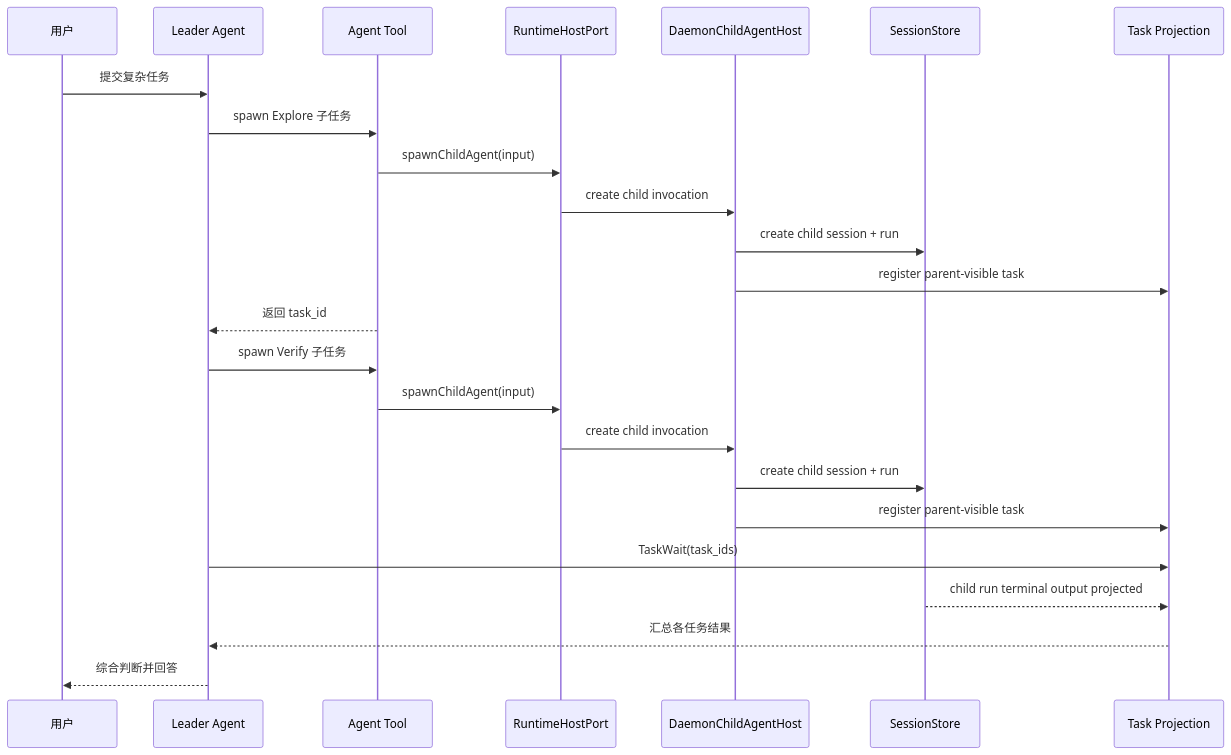
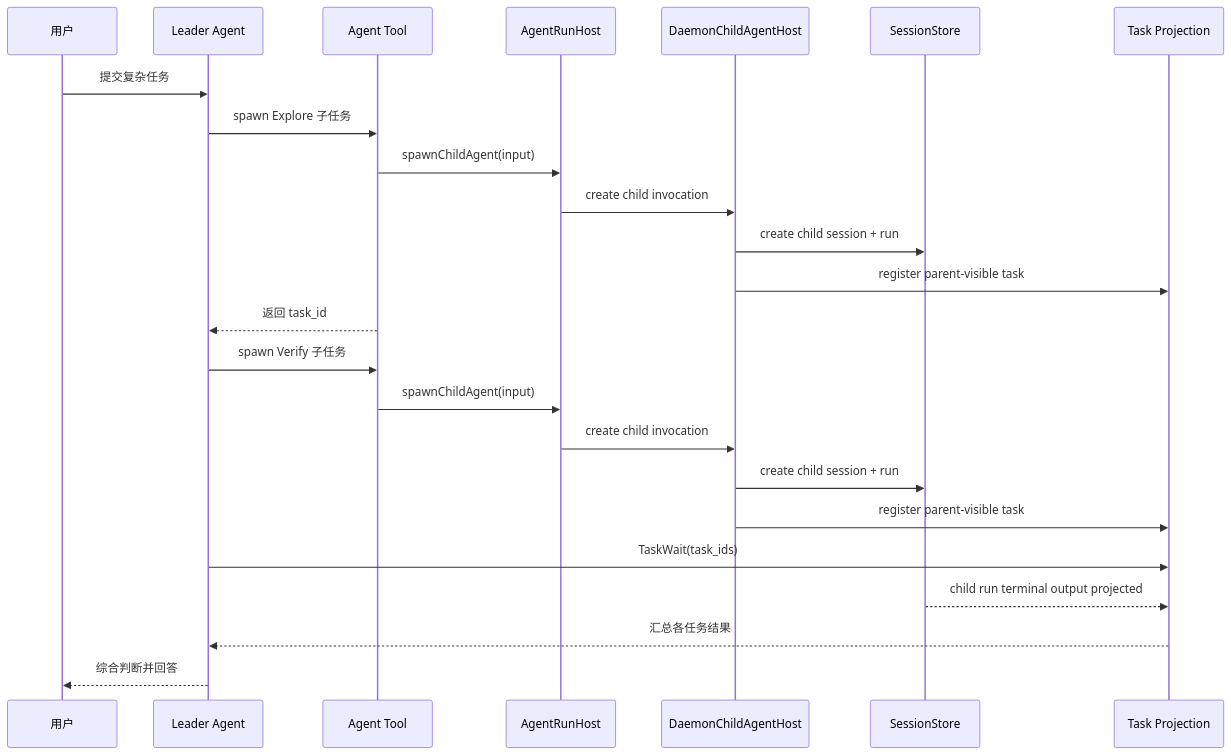
The sixth of 7 diagrams in docs/agent-application-architecture.md (rzx007/openharness-ts), drawn with Mermaid before and after one commit. The commit also changed other lines of this file and 7 other files, not shown here.

````diff
--- a/docs/agent-application-architecture.md
+++ b/docs/agent-application-architecture.md
@@ -638,27 +638,27 @@
 ```mermaid
 sequenceDiagram
   participant U as 用户
   participant L as Leader Agent
   participant A as Agent Tool
-  participant H as RuntimeHostPort
+  participant H as AgentRunHost
   participant D as DaemonChildAgentHost
   participant S as SessionStore
   participant T as Task Projection
 
   U->>L: 提交复杂任务
   L->>A: spawn Explore 子任务
   A->>H: spawnChildAgent(input)
   H->>D: create child invocation
   D->>S: create child session + run
   D->>T: register parent-visible task
   A-->>L: 返回 task_id
   L->>A: spawn Verify 子任务
   A->>H: spawnChildAgent(input)
   H->>D: create child invocation
   D->>S: create child session + run
   D->>T: register parent-visible task
   L->>T: TaskWait(task_ids)
   S-->>T: child run terminal output projected
   T-->>L: 汇总各任务结果
   L-->>U: 综合判断并回答
 ```
````
